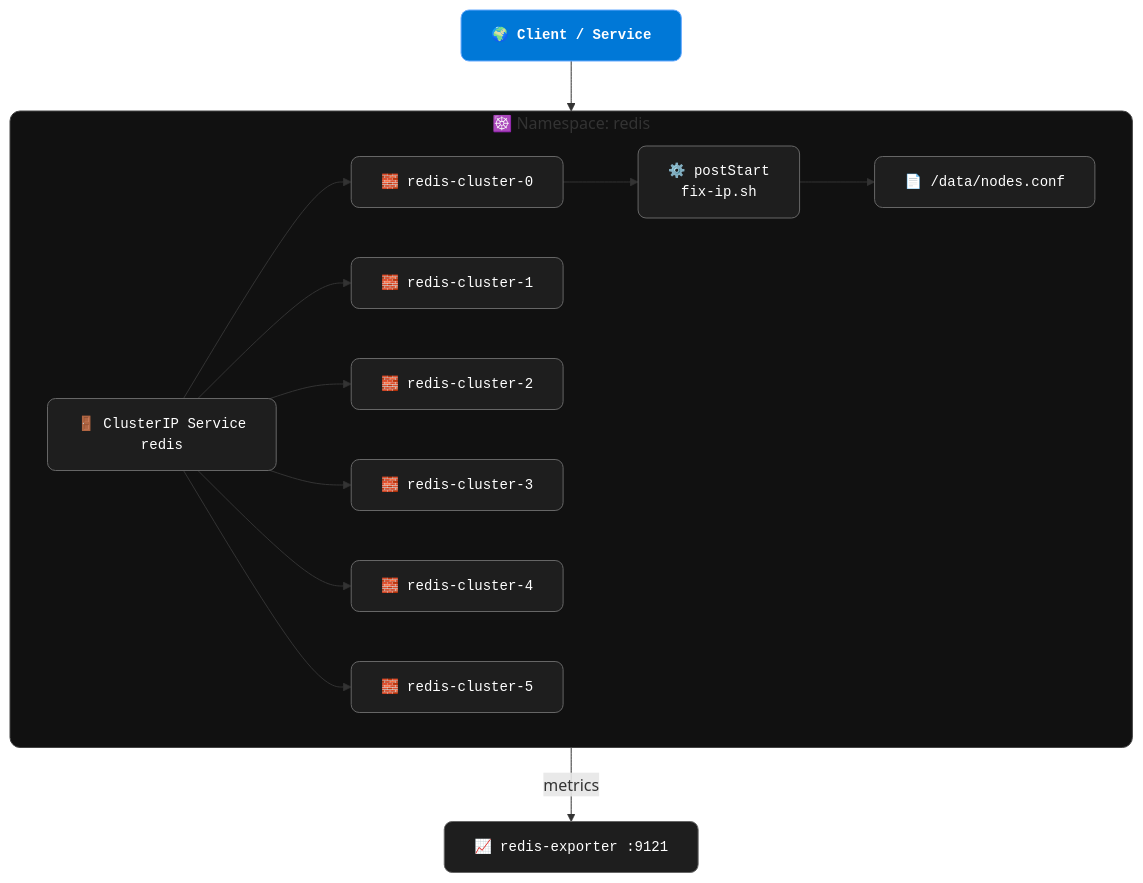
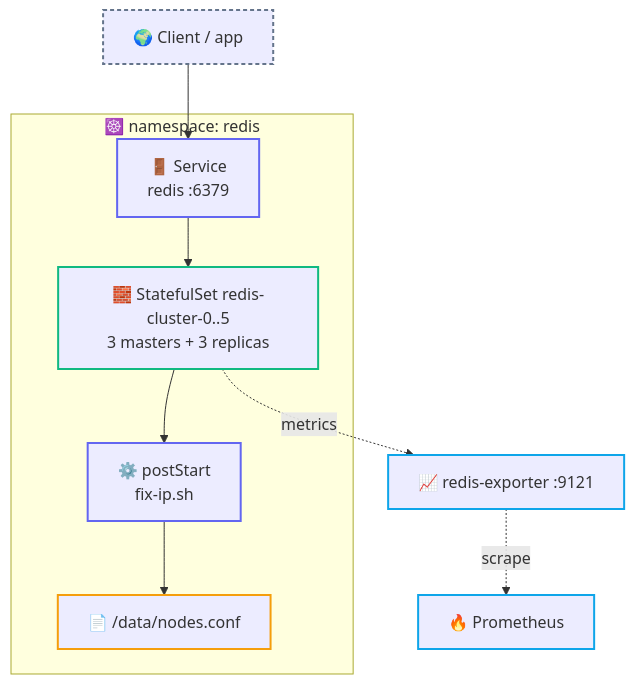
The diagram in helm-charts/redis-stack-cluster/README.md (tobrazo/devops), drawn with Mermaid before and after one commit. The commit also changed other lines of this file and 26 other files, not shown here.

````diff
--- a/helm-charts/redis-stack-cluster/README.md
+++ b/helm-charts/redis-stack-cluster/README.md
@@ -90,24 +20,20 @@
 ```mermaid
 flowchart TB
-  Client["🌍 Client / Service"] --> SVC["🚪 ClusterIP Service\nredis"]
+  Client["🌍 Client / app"] --> SVC["🚪 Service<br/>redis :6379"]
 
-  subgraph CLUSTER["☸️ Namespace: redis"]
-    direction LR
-    SVC --> Pod0["🧱 redis-cluster-0"]
-    SVC --> Pod1["🧱 redis-cluster-1"]
-    SVC --> Pod2["🧱 redis-cluster-2"]
-    SVC --> Pod3["🧱 redis-cluster-3"]
-    SVC --> Pod4["🧱 redis-cluster-4"]
-    SVC --> Pod5["🧱 redis-cluster-5"]
-
-    Pod0 --> Hook0["⚙️ postStart\nfix-ip.sh"]
-    Hook0 --> Conf0["📄 /data/nodes.conf"]
+  subgraph NS["☸️ namespace: redis"]
+    SVC --> STS["🧱 StatefulSet redis-cluster-0..5<br/>3 masters + 3 replicas"]
+    STS --> Hook["⚙️ postStart<br/>fix-ip.sh"]
+    Hook --> Conf["📄 /data/nodes.conf"]
   end
 
-  Pod0 -- metrics --> Exporter0["📈 redis-exporter :9121"]
+  STS -. metrics .-> Exp["📈 redis-exporter :9121"]
+  Exp -. scrape .-> Prom["🔥 Prometheus"]
 
-  classDef default fill:#1e1e1e,stroke:#666,color:#fff,font-size:14px,font-family:monospace,rx:8,ry:8
-  classDef accent fill:#0078d7,stroke:#66aaff,color:#fff,font-weight:bold
-  class Client accent
-  style CLUSTER fill:#111,stroke:#444,stroke-width:1px,rx:10,ry:10
+  classDef ctrl stroke:#6366f1,stroke-width:2px;
+  classDef deliver stroke:#10b981,stroke-width:2px;
+  classDef data stroke:#f59e0b,stroke-width:2px;
+  classDef obs stroke:#0ea5e9,stroke-width:2px;
+  classDef edge stroke:#64748b,stroke-width:2px,stroke-dasharray:4 3;
+  class Client edge; class SVC ctrl; class STS deliver; class Hook ctrl; class Conf data; class Exp,Prom obs;
 ```
````
